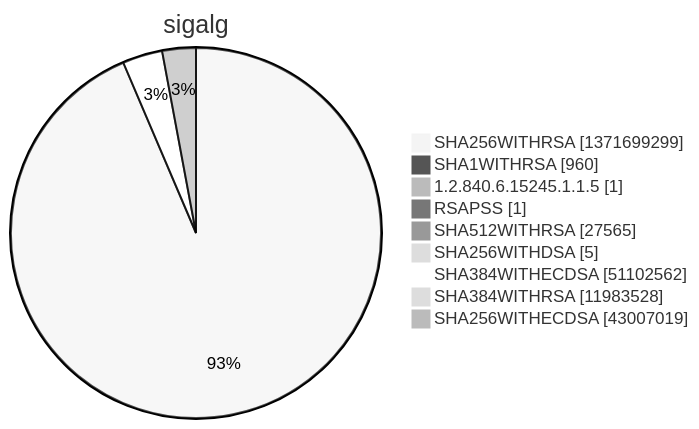
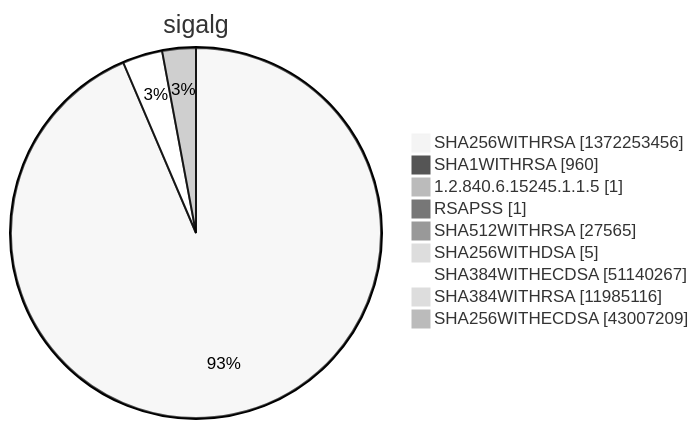
Diagram 15 of 15 in argon2022/README.md (christiankrug/ctmonitor_visualization), drawn with Mermaid (neutral theme) before and after one commit. The commit also changed other lines of this file, not shown here.

````diff
--- a/argon2022/README.md
+++ b/argon2022/README.md
@@ -5524,13 +5524,13 @@
 ```mermaid
 pie showData
 title sigalg
-"SHA256WITHRSA" :1371699299
+"SHA256WITHRSA" :1372253456
 "SHA1WITHRSA" :960
 "1.2.840.6.15245.1.1.5" :1
 "RSAPSS" :1
 "SHA512WITHRSA" :27565
 "SHA256WITHDSA" :5
-"SHA384WITHECDSA" :51102562
-"SHA384WITHRSA" :11983528
-"SHA256WITHECDSA" :43007019
+"SHA384WITHECDSA" :51140267
+"SHA384WITHRSA" :11985116
+"SHA256WITHECDSA" :43007209
 ```
````
